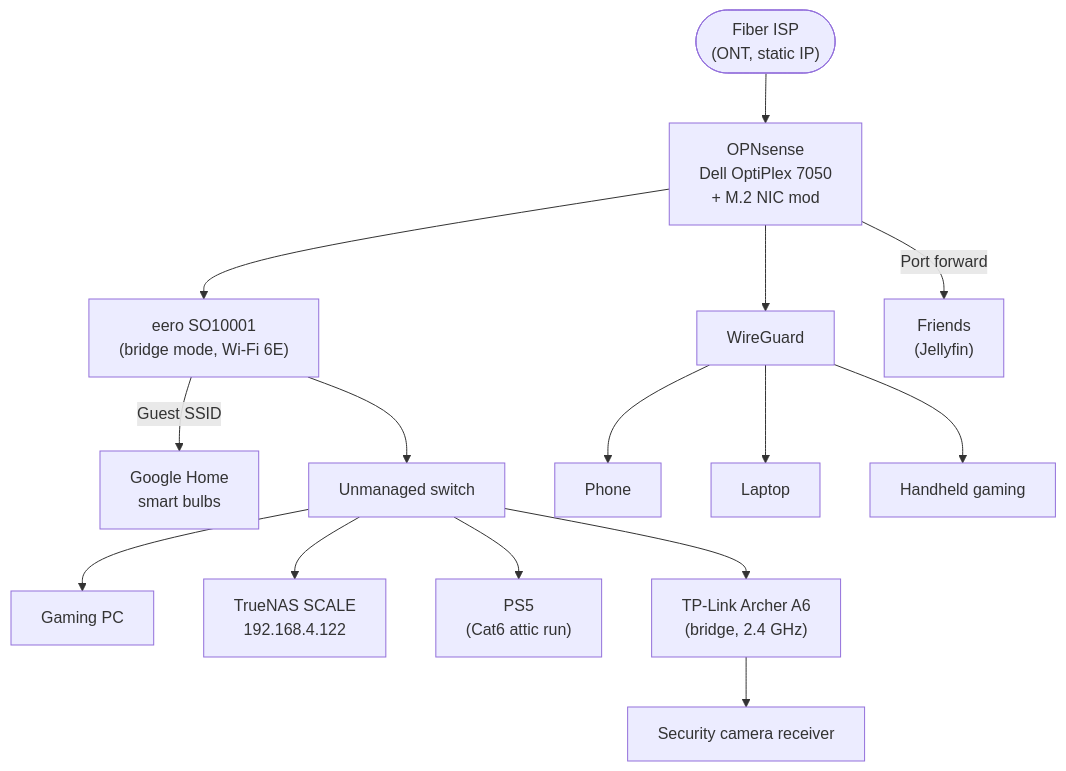
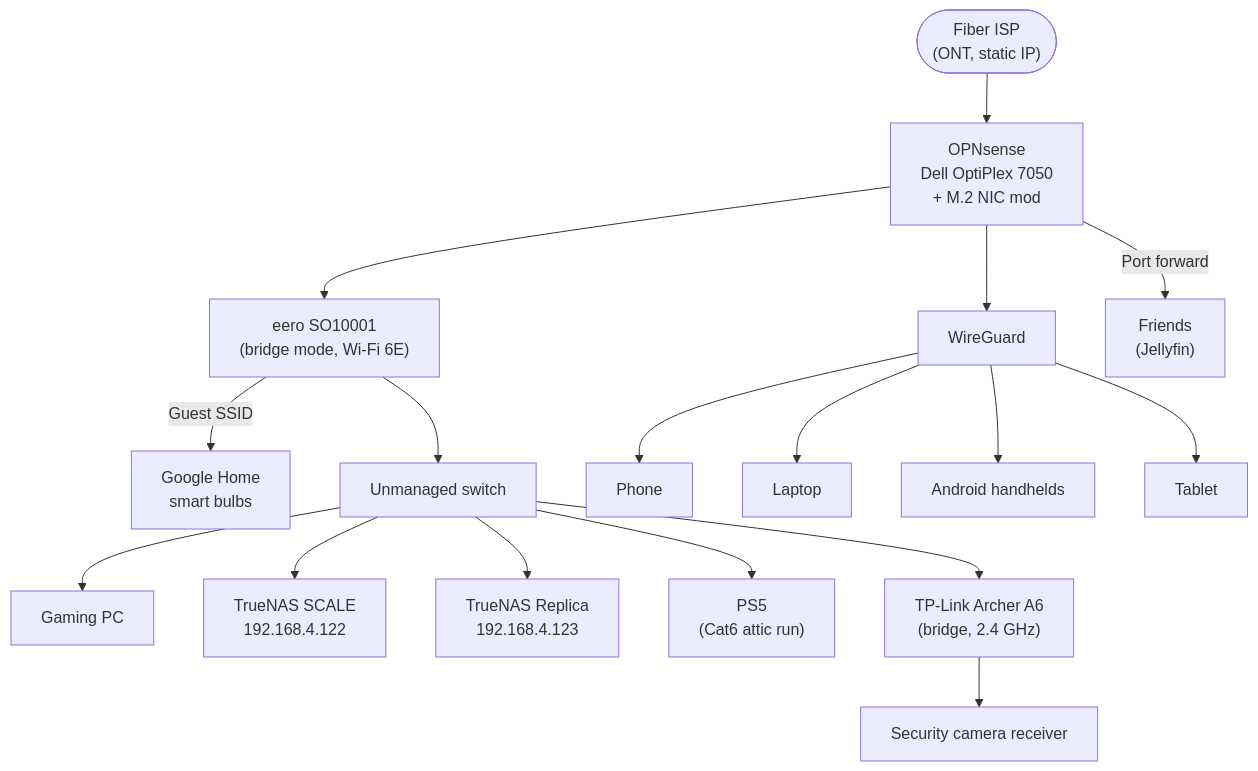
One commit to SammyTheKat/homelab changed the diagram in docs/network-architecture.md. Above: the diagram before and after it, drawn with Mermaid. The commit also changed other lines of this file and 1 other file, not shown here.

Commit message:
Voice polish batch 1: README + network architecture (Android handhelds, tablet, replica node, gateway war story)

````diff
--- a/docs/network-architecture.md
+++ b/docs/network-architecture.md
@@ -11,17 +11,19 @@
 ```mermaid
 flowchart TB
     Fiber(["Fiber ISP<br/>(ONT, static IP)"]) --> OPNsense["OPNsense<br/>Dell OptiPlex 7050<br/>+ M.2 NIC mod"]
     OPNsense --> Eero["eero SO10001<br/>(bridge mode, Wi-Fi 6E)"]
     Eero -->|Guest SSID| IoT["Google Home<br/>smart bulbs"]
     Eero --> Switch["Unmanaged switch"]
     Switch --> GamingPC["Gaming PC"]
     Switch --> TrueNAS["TrueNAS SCALE<br/>192.168.4.122"]
+    Switch --> Replica["TrueNAS Replica<br/>192.168.4.123"]
     Switch --> PS5["PS5<br/>(Cat6 attic run)"]
     Switch --> Archer["TP-Link Archer A6<br/>(bridge, 2.4 GHz)"]
     Archer --> CamHub["Security camera receiver"]
     OPNsense --> WG["WireGuard"]
     WG --> Phone["Phone"]
     WG --> Laptop["Laptop"]
-    WG --> Handhelds["Handheld gaming"]
+    WG --> Handhelds["Android handhelds"]
+    WG --> Tablet["Tablet"]
     OPNsense -->|Port forward| Friends["Friends<br/>(Jellyfin)"]
 ```
````
